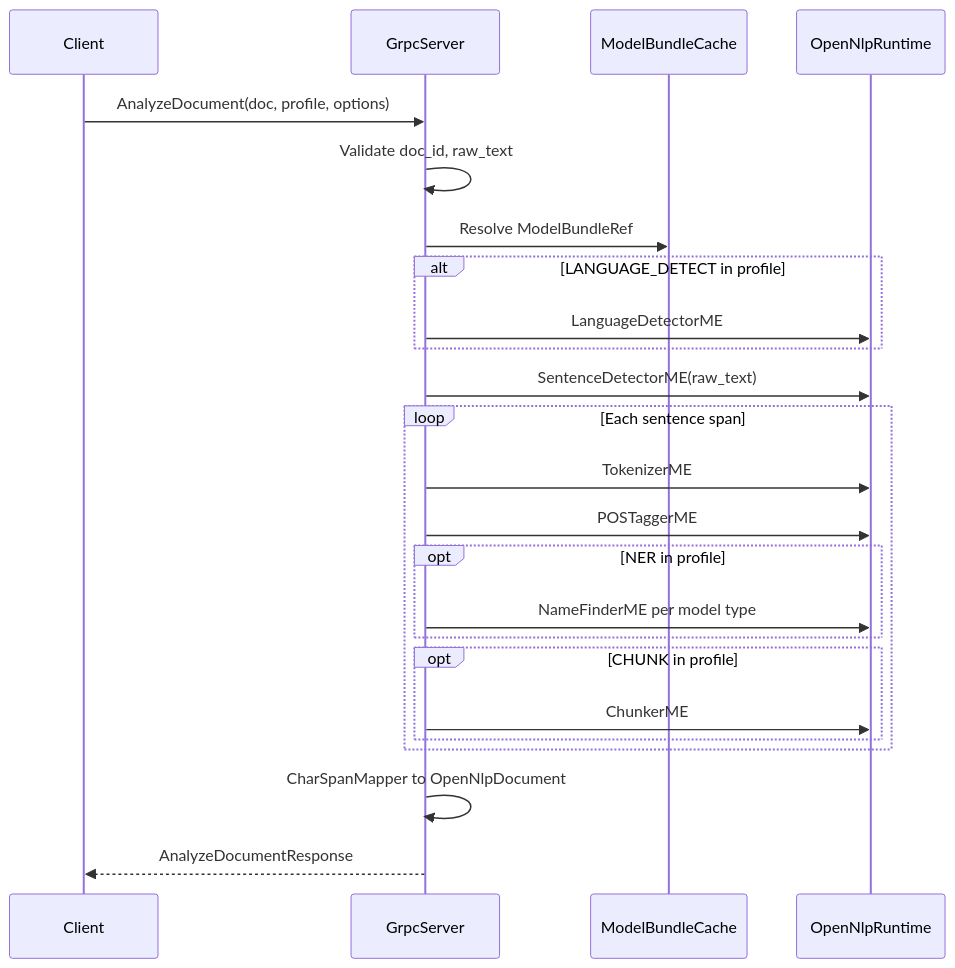
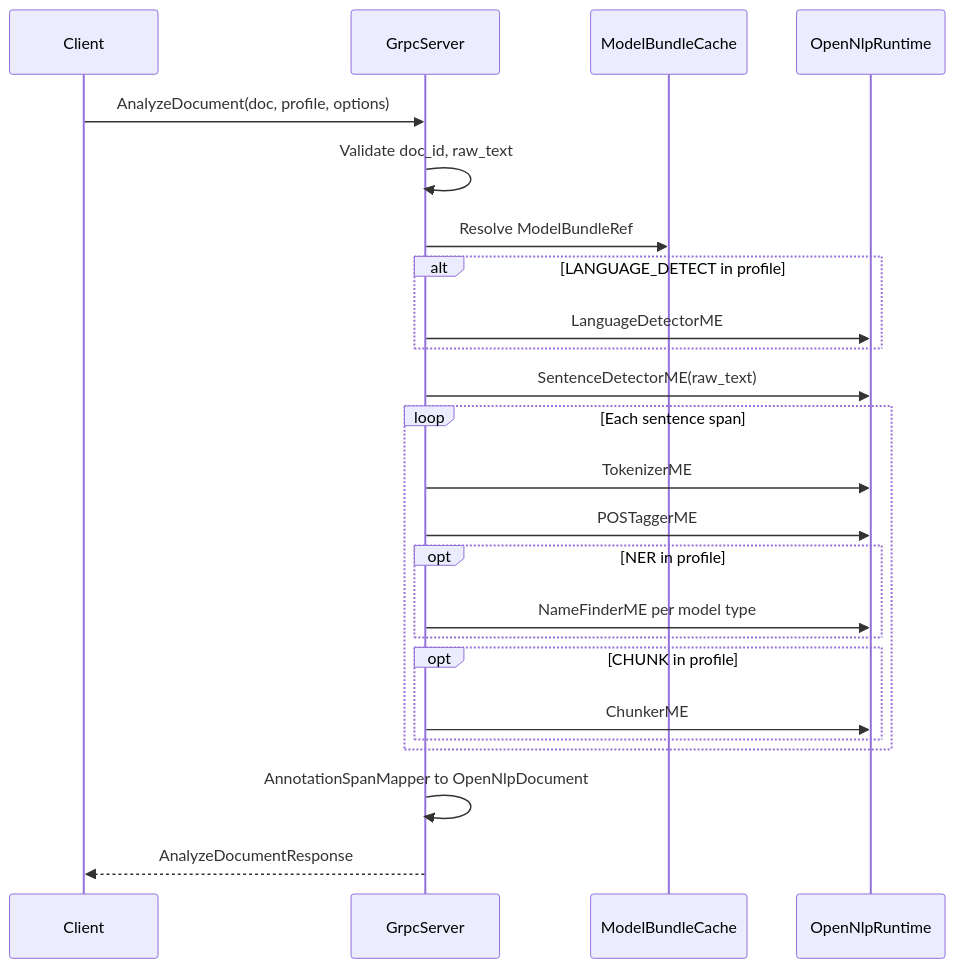
One commit to apache/opennlp-sandbox changed the third of 3 diagrams in opennlp-grpc/docs/rfc/opennlp-grpc-design.md. Above: the diagram before and after it, drawn with Mermaid. The commit also changed other lines of this file and 56 other files, not shown here.

````diff
--- a/opennlp-grpc/docs/rfc/opennlp-grpc-design.md
+++ b/opennlp-grpc/docs/rfc/opennlp-grpc-design.md
@@ -251,27 +245,27 @@
 ```mermaid
 sequenceDiagram
   participant C as Client
   participant S as GrpcServer
   participant M as ModelBundleCache
   participant N as OpenNlpRuntime
 
   C->>S: AnalyzeDocument(doc, profile, options)
   S->>S: Validate doc_id, raw_text
   S->>M: Resolve ModelBundleRef
   alt LANGUAGE_DETECT in profile
     S->>N: LanguageDetectorME
   end
   S->>N: SentenceDetectorME(raw_text)
   loop Each sentence span
     S->>N: TokenizerME
     S->>N: POSTaggerME
     opt NER in profile
       S->>N: NameFinderME per model type
     end
     opt CHUNK in profile
       S->>N: ChunkerME
     end
   end
-  S->>S: CharSpanMapper to OpenNlpDocument
+  S->>S: AnnotationSpanMapper to OpenNlpDocument
   S-->>C: AnalyzeDocumentResponse
 ```
````
